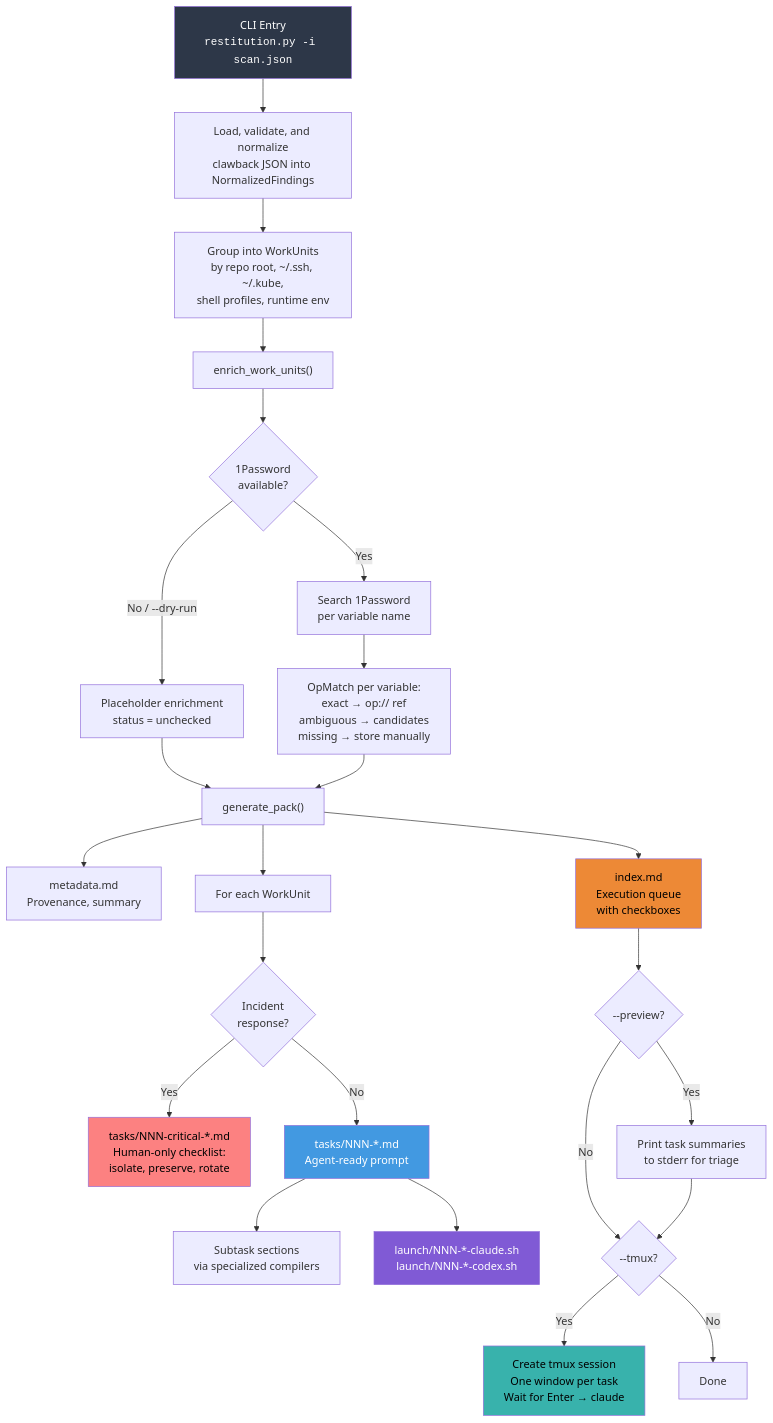
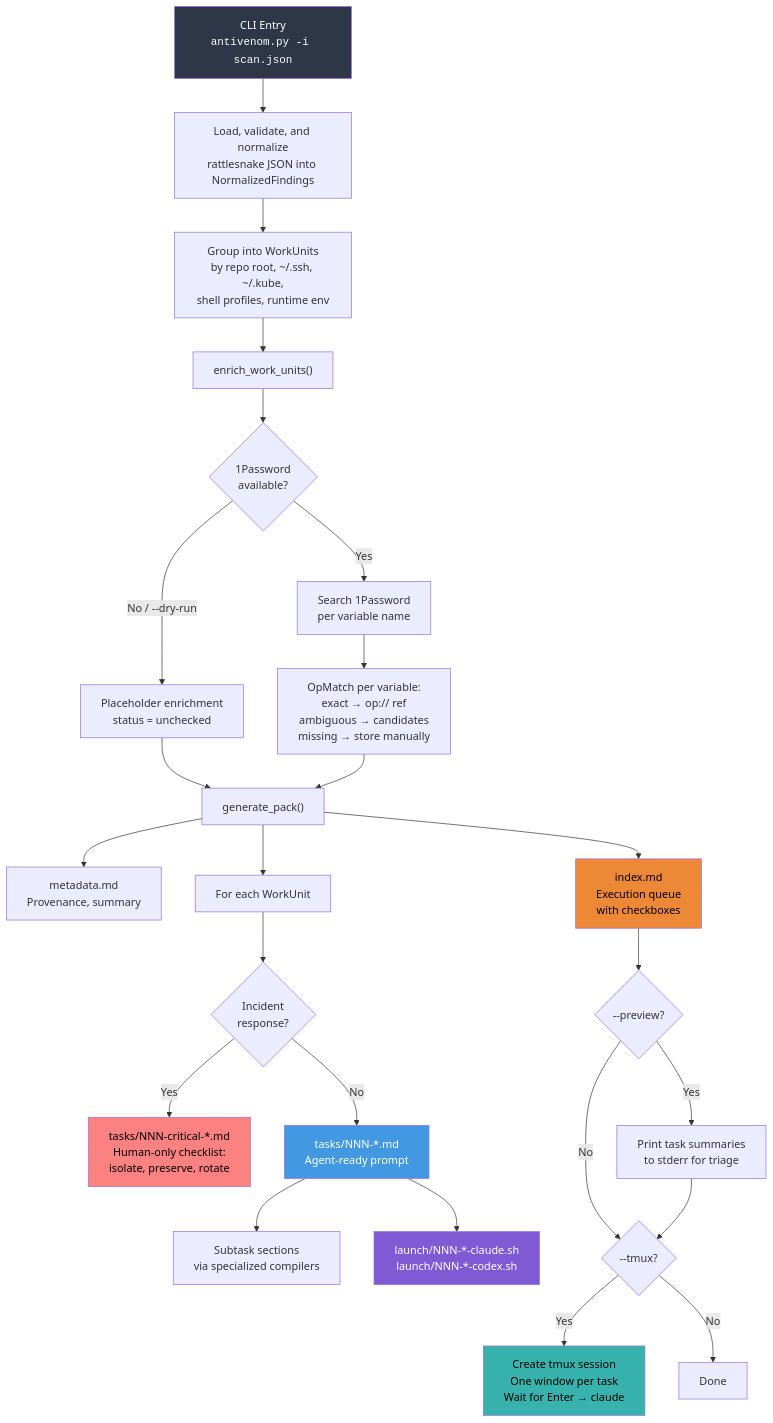
The second of 2 diagrams in docs/architecture.md (aberoham/clawback), drawn with Mermaid before and after one commit. The commit also changed other lines of this file and 37 other files, not shown here.

Commit message:
Rename project to rattlesnake and antivenom

````diff
--- a/docs/architecture.md
+++ b/docs/architecture.md
@@ -45,42 +45,42 @@
 ```mermaid
 flowchart TD
-    CLI["CLI Entry<br/><code>restitution.py -i scan.json</code>"] --> Ingest["Load, validate, and normalize<br/>clawback JSON into NormalizedFindings"]
+    CLI["CLI Entry<br/><code>antivenom.py -i scan.json</code>"] --> Ingest["Load, validate, and normalize<br/>rattlesnake JSON into NormalizedFindings"]
     Ingest --> Group["Group into WorkUnits<br/>by repo root, ~/.ssh, ~/.kube,<br/>shell profiles, runtime env"]
     Group --> Enrich["enrich_work_units()"]
 
     Enrich --> OpCheck{1Password<br/>available?}
     OpCheck -->|No / --dry-run| Placeholder["Placeholder enrichment<br/>status = unchecked"]
     OpCheck -->|Yes| OpSearch["Search 1Password<br/>per variable name"]
     OpSearch --> OpResult["OpMatch per variable:<br/>exact → op:// ref<br/>ambiguous → candidates<br/>missing → store manually"]
 
     Placeholder --> Generate
     OpResult --> Generate
 
     Generate["generate_pack()"] --> MetaFile["metadata.md<br/>Provenance, summary"]
     Generate --> TaskLoop["For each WorkUnit"]
 
     TaskLoop --> IsIR{Incident<br/>response?}
     IsIR -->|Yes| IRTask["tasks/NNN-critical-*.md<br/>Human-only checklist:<br/>isolate, preserve, rotate"]
     IsIR -->|No| AgentTask["tasks/NNN-*.md<br/>Agent-ready prompt"]
 
     AgentTask --> Subtasks["Subtask sections<br/>via specialized compilers"]
 
     AgentTask --> Launchers["launch/NNN-*-claude.sh<br/>launch/NNN-*-codex.sh"]
 
     Generate --> Index["index.md<br/>Execution queue<br/>with checkboxes"]
 
     Index --> Preview{--preview?}
     Preview -->|Yes| PreviewOut["Print task summaries<br/>to stderr for triage"]
     Preview -->|No| TmuxCheck
 
     PreviewOut --> TmuxCheck{--tmux?}
     TmuxCheck -->|Yes| Tmux["Create tmux session<br/>One window per task<br/>Wait for Enter → claude"]
     TmuxCheck -->|No| Done["Done"]
 
     style CLI fill:#2d3748,color:#fff
     style IRTask fill:#fc8181,color:#000
     style AgentTask fill:#4299e1,color:#fff
     style Launchers fill:#805ad5,color:#fff
     style Index fill:#ed8936,color:#000
     style Tmux fill:#38b2ac,color:#000
 ```
````
